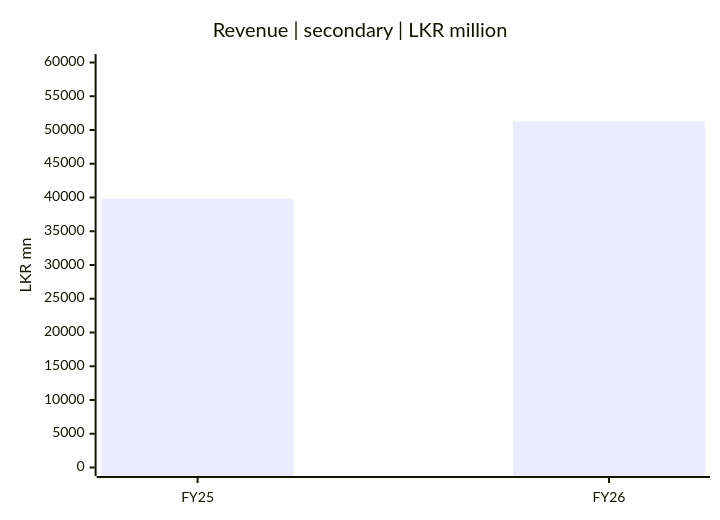
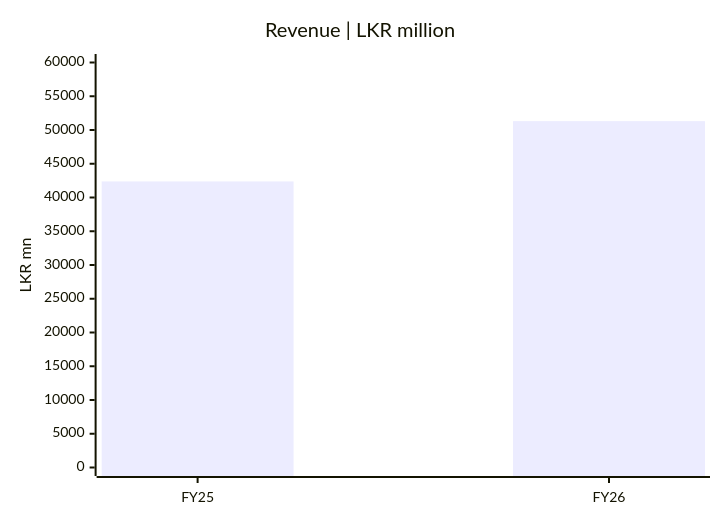
The first of 4 diagrams in reports/financial-pulse.md (Gajarthan/SCAP-N0000-Research), drawn with Mermaid before and after one commit. The commit also changed other lines of this file and 5 other files, not shown here.

Commit message:
research: reconcile FY25-FY26 SCAP financial charts and snapshots against original CSE interim statements in EN/TA/SI

````diff
--- a/reports/financial-pulse.md
+++ b/reports/financial-pulse.md
@@ -11,7 +11,7 @@
 ```mermaid
 xychart-beta
-  title "Revenue | secondary | LKR million"
+  title "Revenue | LKR million"
   x-axis ["FY25", "FY26"]
   y-axis "LKR mn" 0 --> 60000
-  bar [39794, 51310]
+  bar [42383.72, 51310.49]
 ```
````
